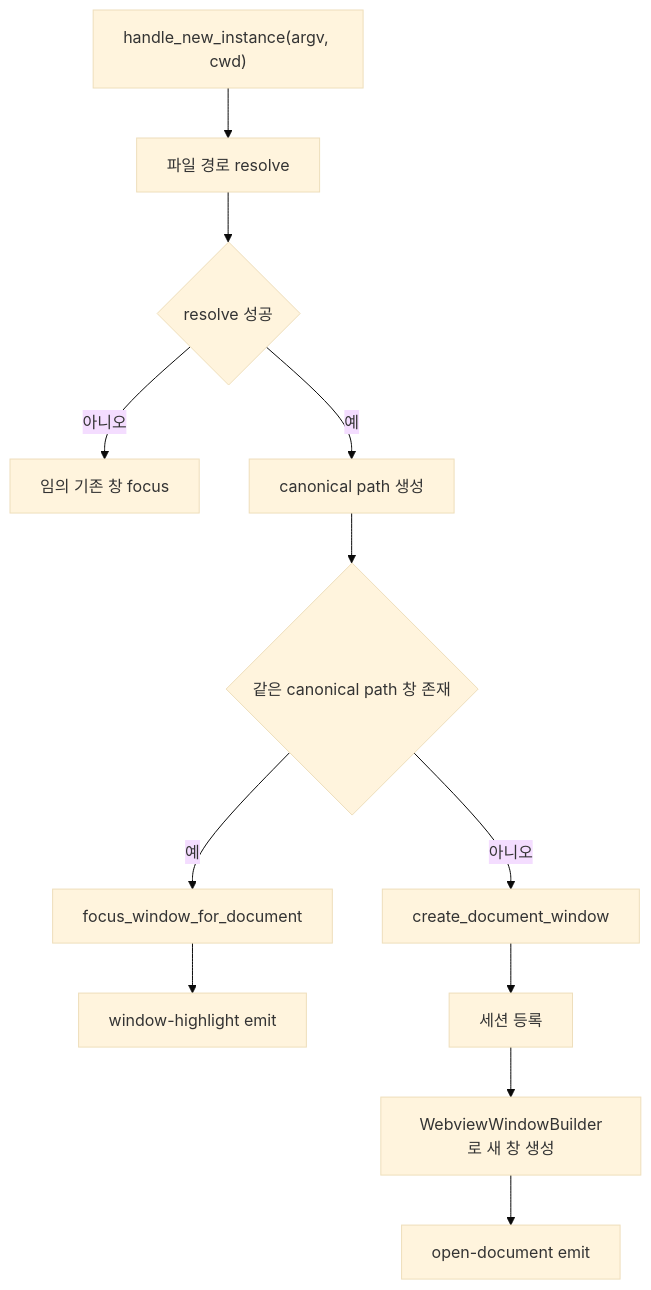
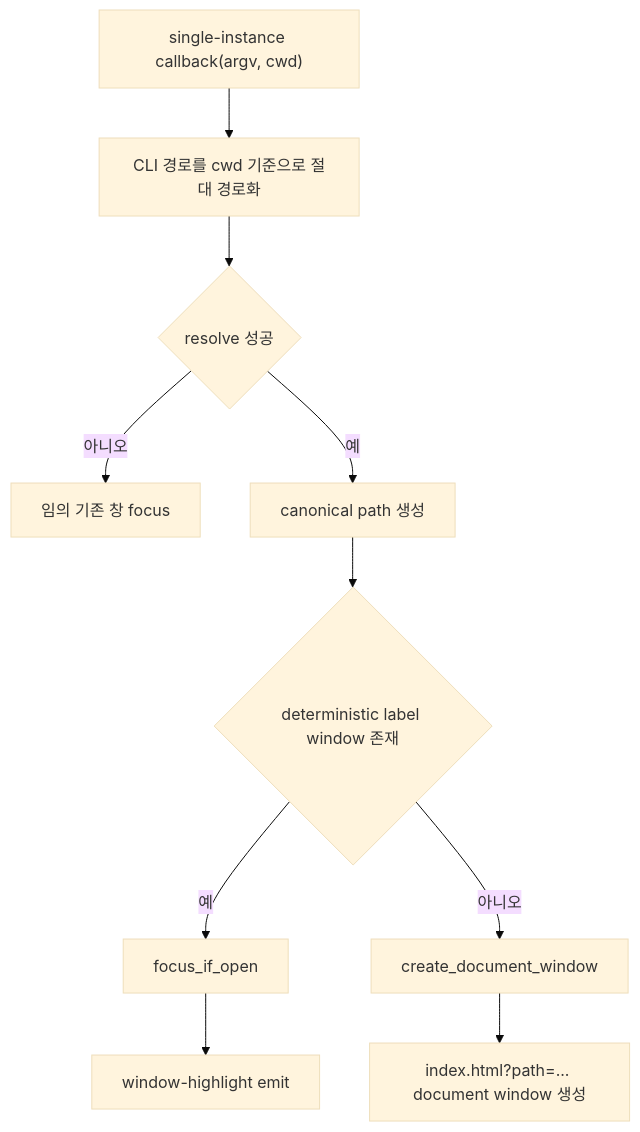
One commit to yoophi/markdown-annotator changed the third of 4 diagrams in docs/cli-open-markdown-plan.md. Above: the diagram before and after it, drawn with Mermaid (base theme). The commit also changed other lines of this file and 11 other files, not shown here.

````diff
--- a/docs/cli-open-markdown-plan.md
+++ b/docs/cli-open-markdown-plan.md
@@ -121,14 +139,12 @@
 ```mermaid
 flowchart TD
-    A["handle_new_instance(argv, cwd)"] --> B["파일 경로 resolve"]
+    A["single-instance callback(argv, cwd)"] --> B["CLI 경로를 cwd 기준으로 절대 경로화"]
     B --> C{"resolve 성공"}
     C -- "아니오" --> D["임의 기존 창 focus"]
     C -- "예" --> E["canonical path 생성"]
-    E --> F{"같은 canonical path 창 존재"}
-    F -- "예" --> G["focus_window_for_document"]
+    E --> F{"deterministic label window 존재"}
+    F -- "예" --> G["focus_if_open"]
     F -- "아니오" --> H["create_document_window"]
     G --> I["window-highlight emit"]
-    H --> J["세션 등록"]
-    J --> K["WebviewWindowBuilder로 새 창 생성"]
-    K --> L["open-document emit"]
+    H --> J["index.html?path=... document window 생성"]
 ```
````
